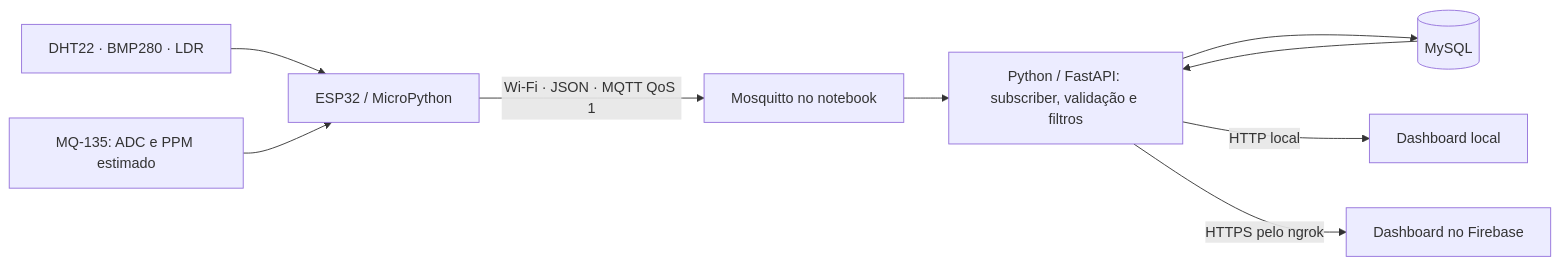
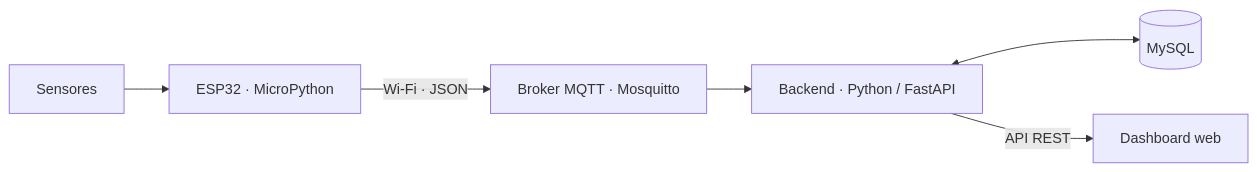
Before and after one commit to ChicooGuk/estacao-meteorologica: the diagram in README.md, drawn with Mermaid. The commit also changed other lines of this file and 60 other files, not shown here.

````diff
--- a/README.md
+++ b/README.md
@@ -23,11 +25,8 @@
 ```mermaid
 flowchart LR
-    S["DHT22 · BMP280 · LDR"] --> E["ESP32 / MicroPython"]
-    MQ["MQ-135: ADC e PPM estimado"] --> E
-    E -->|"Wi-Fi · JSON · MQTT QoS 1"| M["Mosquitto no notebook"]
-    M --> P["Python / FastAPI: subscriber, validação e filtros"]
-    P --> B[(MySQL)]
-    B --> P
-    P -->|"HTTP local"| L["Dashboard local"]
-    P -->|"HTTPS pelo ngrok"| F["Dashboard no Firebase"]
+    S["Sensores"] --> E["ESP32 · MicroPython"]
+    E -->|"Wi-Fi · JSON"| M["Broker MQTT · Mosquitto"]
+    M --> P["Backend · Python / FastAPI"]
+    P <--> B[(MySQL)]
+    P -->|"API REST"| D["Dashboard web"]
 ```
````
